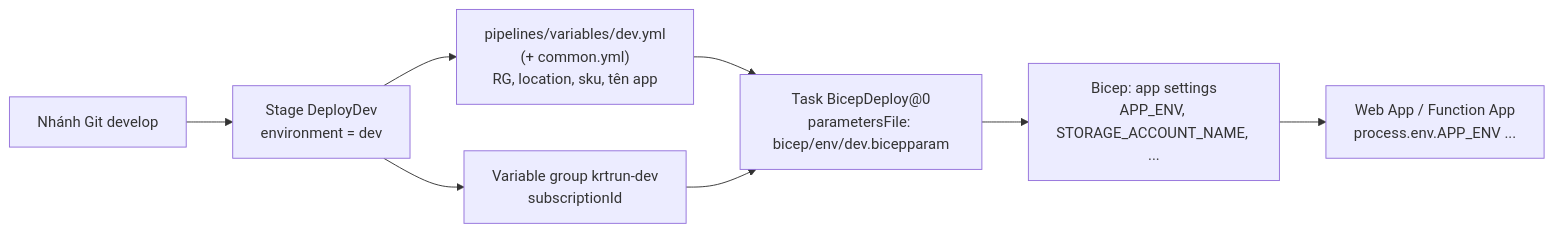
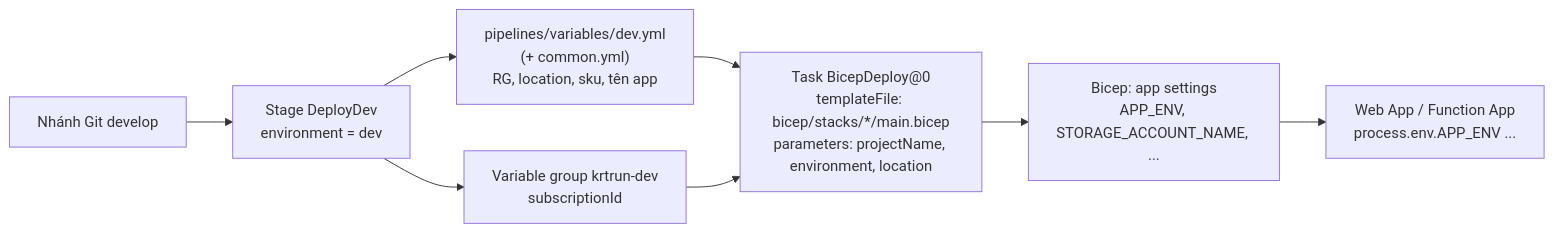
The first of 3 diagrams in docs/SETUP_vi.md (qlap04/KRT-run-infra), drawn with Mermaid before and after one commit. The commit also changed other lines of this file and 20 other files, not shown here.

First line of the commit message:
refactor(infra): split bicep into numbered stacks with own pipelines

````diff
--- a/docs/SETUP_vi.md
+++ b/docs/SETUP_vi.md
@@ -40,10 +43,10 @@
 ```mermaid
 flowchart LR
   A["Nhánh Git develop"] --> B["Stage DeployDev<br/>environment = dev"]
   B --> C["pipelines/variables/dev.yml<br/>(+ common.yml)<br/>RG, location, sku, tên app"]
   B --> G["Variable group krtrun-dev<br/>subscriptionId"]
-  C --> D["Task BicepDeploy@0<br/>parametersFile: bicep/env/dev.bicepparam"]
+  C --> D["Task BicepDeploy@0<br/>templateFile: bicep/stacks/*/main.bicep<br/>parameters: projectName, environment, location"]
   G --> D
   D --> E["Bicep: app settings<br/>APP_ENV, STORAGE_ACCOUNT_NAME, ..."]
   E --> F["Web App / Function App<br/>process.env.APP_ENV ..."]
 ```
````
